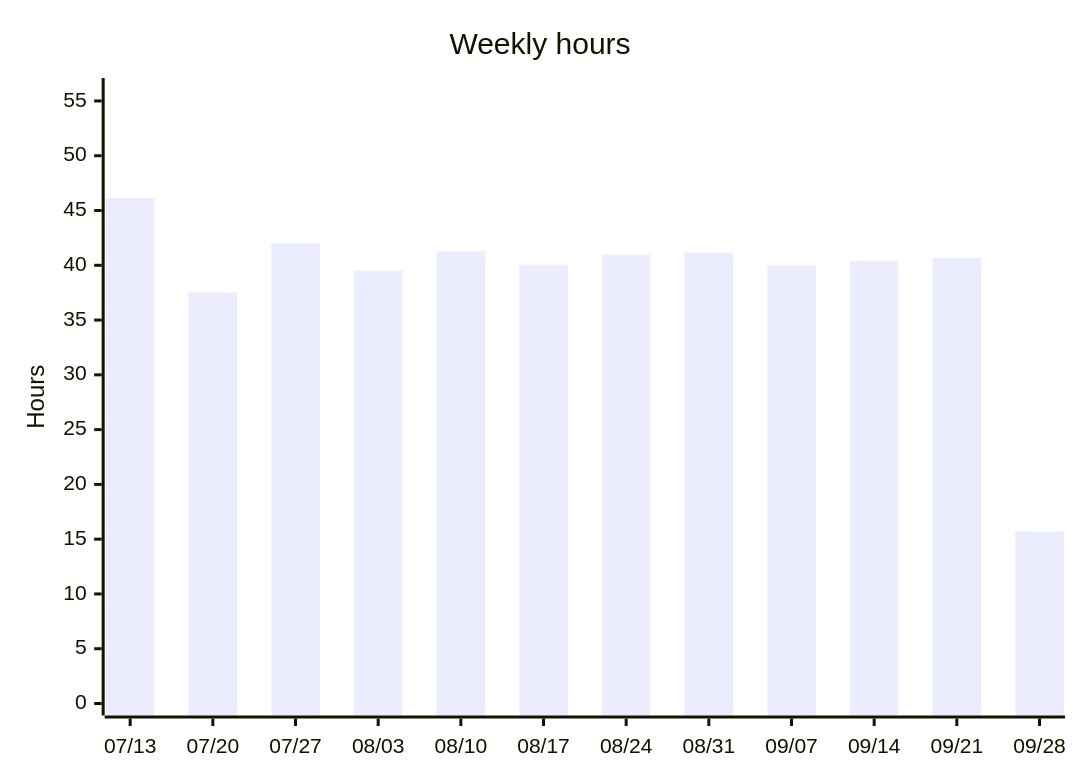
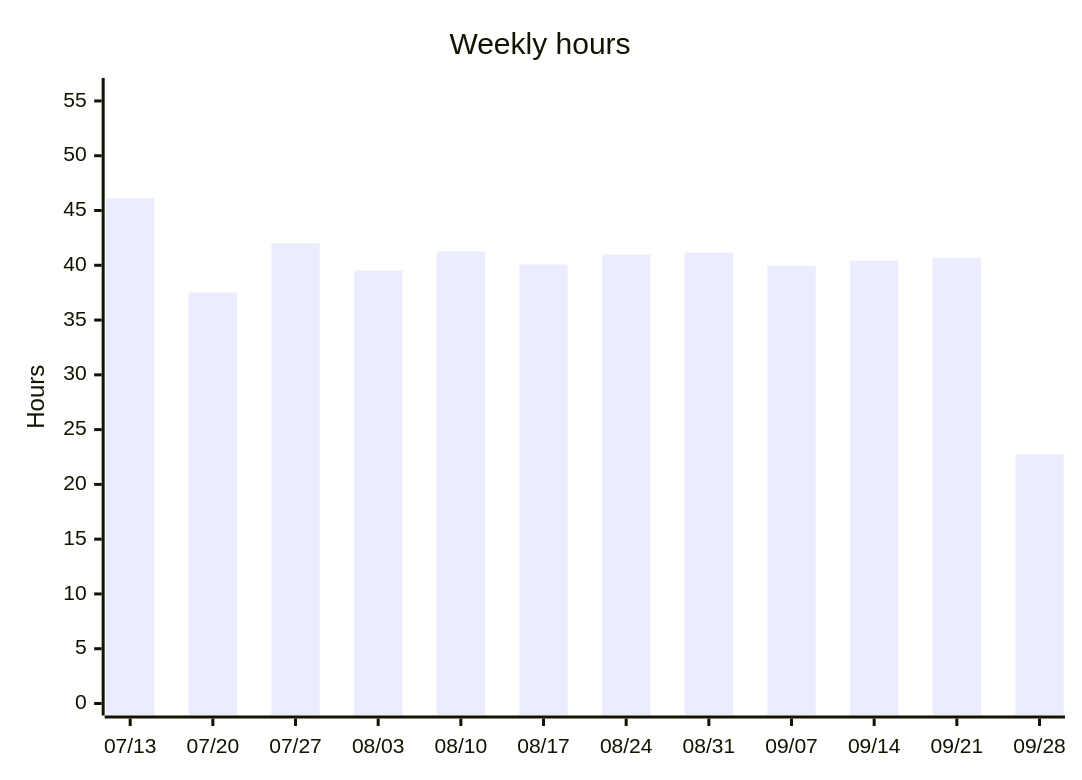
One commit to albinforsberg-netizen/timeclock changed the third of 5 diagrams in README.org. Above: the diagram before and after it, drawn with Mermaid. The commit also changed other lines of this file, not shown here.

```diff
--- a/README.org
+++ b/README.org
@@ -110,7 +110,7 @@
 #+begin_src mermaid
 xychart-beta
     title "Weekly hours"
     x-axis ["07/13", "07/20", "07/27", "08/03", "08/10", "08/17", "08/24", "08/31", "09/07", "09/14", "09/21", "09/28"]
     y-axis "Hours" 0 --> 56
-    bar [46.12, 37.52, 42.00, 39.51, 41.28, 40.07, 40.97, 41.16, 39.97, 40.42, 40.68, 15.70]
+    bar [46.12, 37.52, 42.00, 39.51, 41.28, 40.07, 40.97, 41.16, 39.97, 40.42, 40.68, 22.75]
 #+end_src
```
